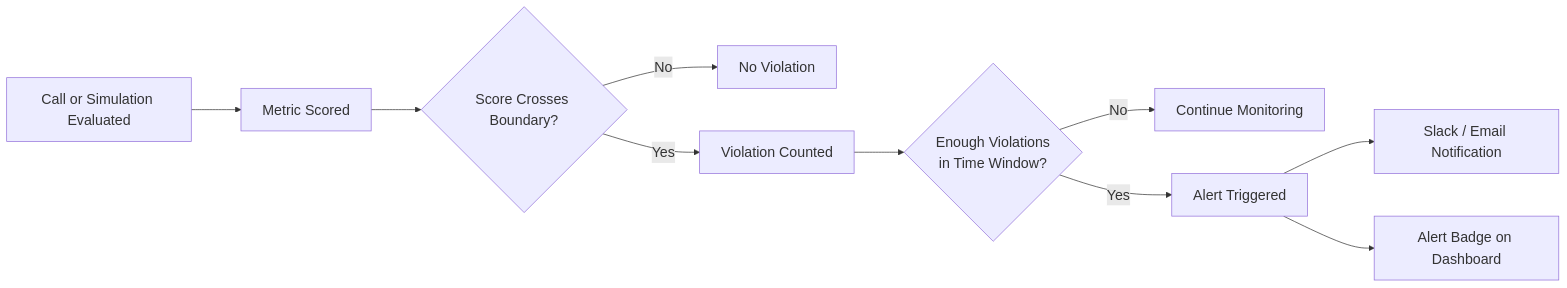
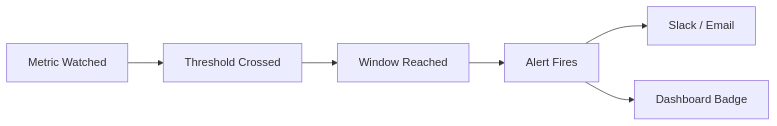
One commit to bluejay-ai-dev/docs changed the diagram in key-concepts/alerts/overview.mdx. Above: the diagram before and after it, drawn with Mermaid.

Commit message:
docs(alerts): simplify mermaid diagram to match the Agents Overview style
Reduce the lifecycle diagram from a 10-node decision flow to a clean
6-node linear flow modeled on the Agents Overview diagram. With fewer
nodes, each box gets more breathing room on the page and the diagram
reads larger at default mermaid sizing. Drop the init directive that
was trying to enlarge the previous denser diagram.

````diff
--- a/key-concepts/alerts/overview.mdx
+++ b/key-concepts/alerts/overview.mdx
@@ -42,13 +42,8 @@
 ```mermaid
-%%{init: {"flowchart": {"useMaxWidth": true, "nodeSpacing": 60, "rankSpacing": 70}, "themeVariables": {"fontSize": "20px"}}}%%
 flowchart LR
-    Eval[Call or Simulation Evaluated] --> Score[Metric Scored]
-    Score --> Cross{Score Crosses Boundary?}
-    Cross -->|No| OK[No Violation]
-    Cross -->|Yes| Count[Violation Counted]
-    Count --> Window{"Enough Violations<br/>in Time Window?"}
-    Window -->|No| Wait[Continue Monitoring]
-    Window -->|Yes| Fire[Alert Triggered]
-    Fire --> Notify[Slack / Email Notification]
-    Fire --> Badge[Alert Badge on Dashboard]
+    Metric[Metric Watched] --> Threshold[Threshold Crossed]
+    Threshold --> Window[Window Reached]
+    Window --> Fire[Alert Fires]
+    Fire --> Notify[Slack / Email]
+    Fire --> Badge[Dashboard Badge]
 ```
````
